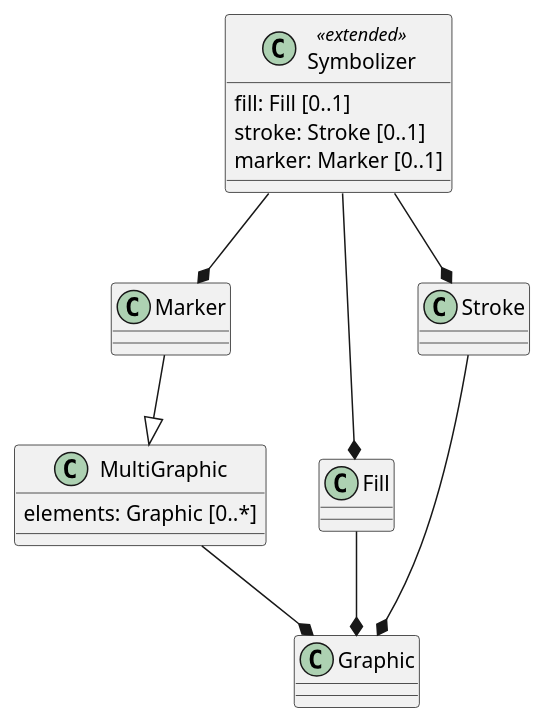
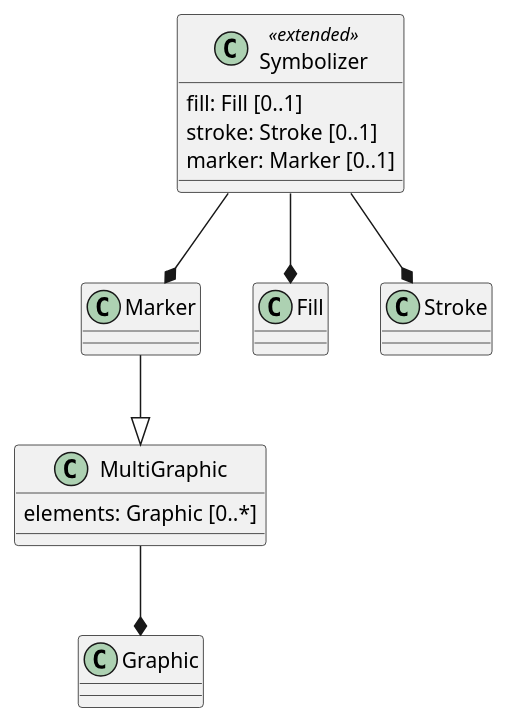
Before and after one commit to opengeospatial/styles-and-symbology: the diagram in core/UML/PlantUML/adoc/basic_vector/basic_vector.adoc, drawn with PlantUML. The commit also changed 22 other files, not shown here.

Commit message:
reorganise the uml diagrams

```diff
--- a/core/UML/PlantUML/adoc/basic_vector/basic_vector.adoc
+++ b/core/UML/PlantUML/adoc/basic_vector/basic_vector.adoc
@@ -3,30 +3,26 @@
 [plantuml, target=diagram-classes, format=png]
 ....
 'Class definition
 
 'Note: Symbolizer, StylingRule and Style are defined in core.md
 
 'We are adding properties here 
 
 class Symbolizer <<extended>>
 Symbolizer : fill: Fill [0..1]
 Symbolizer : stroke: Stroke [0..1]
 Symbolizer : marker: Marker [0..1]
 
 MultiGraphic : elements: Graphic [0..*]
 
-'Relations
-
 'Inheritance
 
 Marker --|> MultiGraphic
 
 'Composition
 
 Symbolizer --* Marker
 Symbolizer --* Fill
 Symbolizer --* Stroke
 MultiGraphic --* Graphic
-Fill --* Graphic
-Stroke --* Graphic
 ....
```
